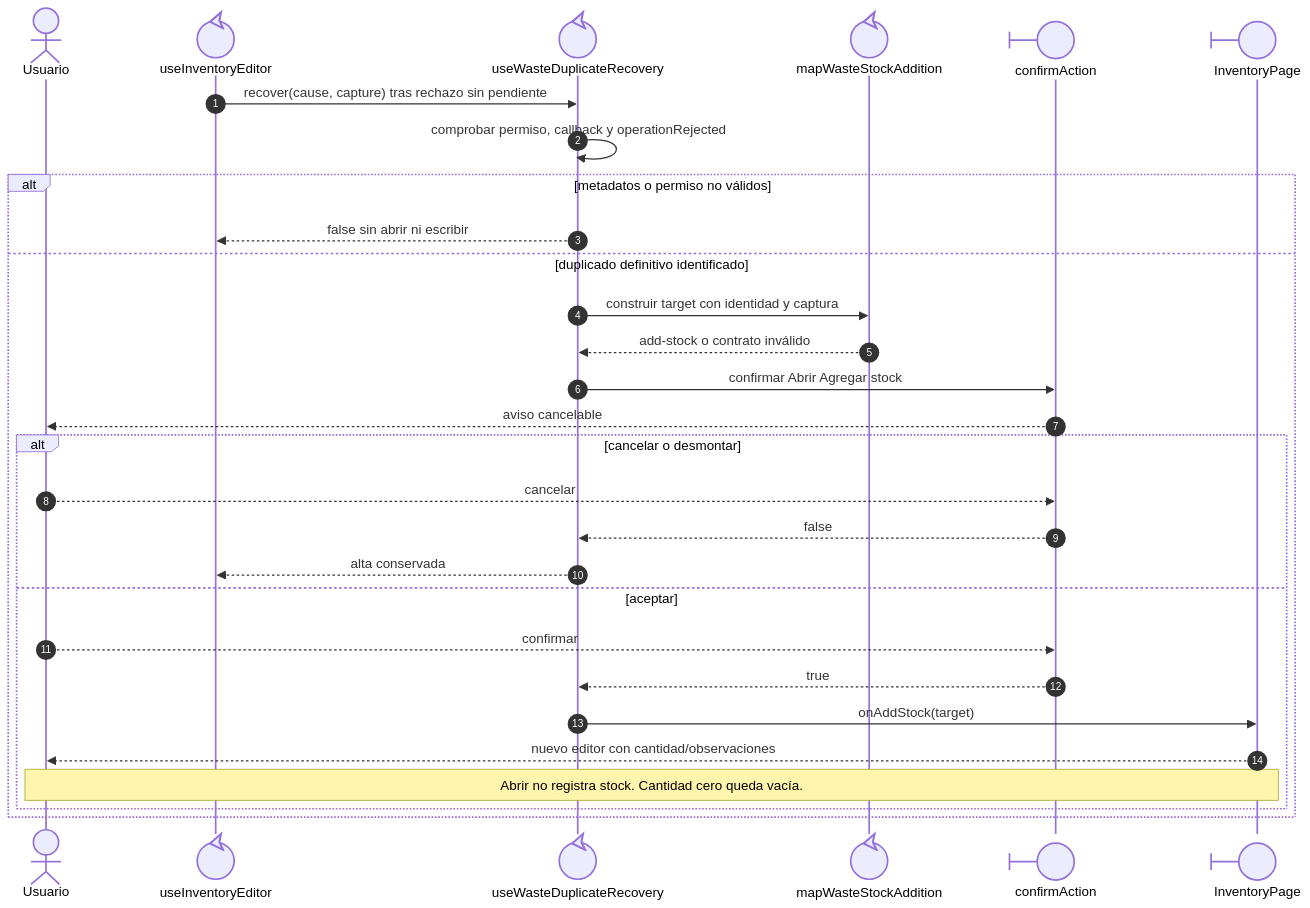
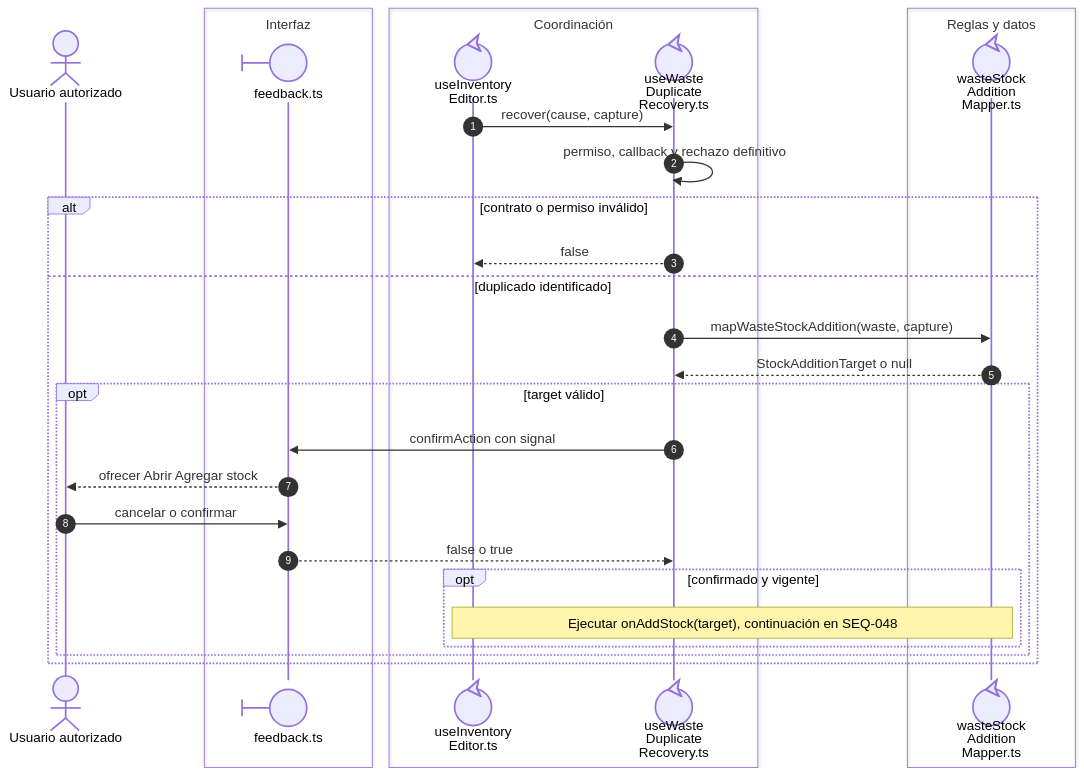
The first of 2 diagrams in front/docs/architecture/views/processes/05-warehouse/03-waste-duplicate.md (gpgsistemas01/nexus), drawn with Mermaid before and after one commit. The commit also changed other lines of this file and 46 other files, not shown here.

````diff
--- a/front/docs/architecture/views/processes/05-warehouse/03-waste-duplicate.md
+++ b/front/docs/architecture/views/processes/05-warehouse/03-waste-duplicate.md
@@ -15,31 +13,32 @@
 ```mermaid
 sequenceDiagram
     autonumber
-    actor Usuario
-    participant Editor@{ "type": "control" } as useInventoryEditor
-    participant Recovery@{ "type": "control" } as useWasteDuplicateRecovery
-    participant Mapper@{ "type": "control" } as mapWasteStockAddition
-    participant Feedback@{ "type": "boundary" } as confirmAction
-    participant Page@{ "type": "boundary" } as InventoryPage
-    Editor->>Recovery: recover(cause, capture) tras rechazo sin pendiente
-    Recovery->>Recovery: comprobar permiso, callback y operationRejected
-    alt metadatos o permiso no válidos
-        Recovery-->>Editor: false sin abrir ni escribir
-    else duplicado definitivo identificado
-        Recovery->>Mapper: construir target con identidad y captura
-        Mapper-->>Recovery: add-stock o contrato inválido
-        Recovery->>Feedback: confirmar Abrir Agregar stock
-        Feedback-->>Usuario: aviso cancelable
-        alt cancelar o desmontar
-            Usuario-->>Feedback: cancelar
-            Feedback-->>Recovery: false
-            Recovery-->>Editor: alta conservada
-        else aceptar
-            Usuario-->>Feedback: confirmar
-            Feedback-->>Recovery: true
-            Recovery->>Page: onAddStock(target)
-            Page-->>Usuario: nuevo editor con cantidad/observaciones
-            Note over Usuario,Page: Abrir no registra stock. Cantidad cero queda vacía.
+    actor U as Usuario autorizado
+    box Interfaz
+    participant Feedback@{ "type": "boundary" } as feedback.ts
+    end
+    box Coordinación
+    participant Editor@{ "type": "control" } as useInventory<br/>Editor.ts
+    participant Recovery@{ "type": "control" } as useWaste<br/>Duplicate<br/>Recovery.ts
+    end
+    box Reglas y datos
+    participant Mapper@{ "type": "control" } as wasteStock<br/>Addition<br/>Mapper.ts
+    end
+    Editor->>Recovery: recover(cause, capture)
+    Recovery->>Recovery: permiso, callback y rechazo definitivo
+    alt contrato o permiso inválido
+        Recovery-->>Editor: false
+    else duplicado identificado
+        Recovery->>Mapper: mapWasteStockAddition(waste, capture)
+        Mapper-->>Recovery: StockAdditionTarget o null
+        opt target válido
+            Recovery->>Feedback: confirmAction con signal
+            Feedback-->>U: ofrecer Abrir Agregar stock
+            U->>Feedback: cancelar o confirmar
+            Feedback-->>Recovery: false o true
+            opt confirmado y vigente
+                Note over Editor,Mapper: Ejecutar onAddStock(target), continuación en SEQ-048
+            end
         end
     end
 ```
````
